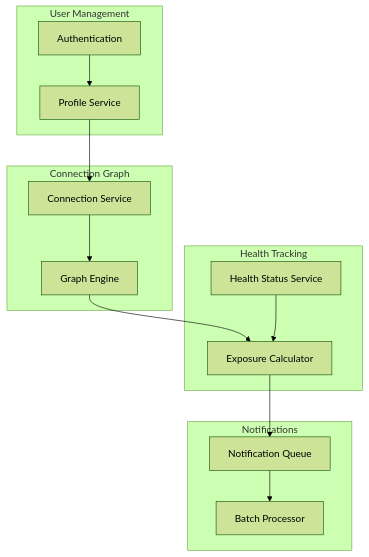
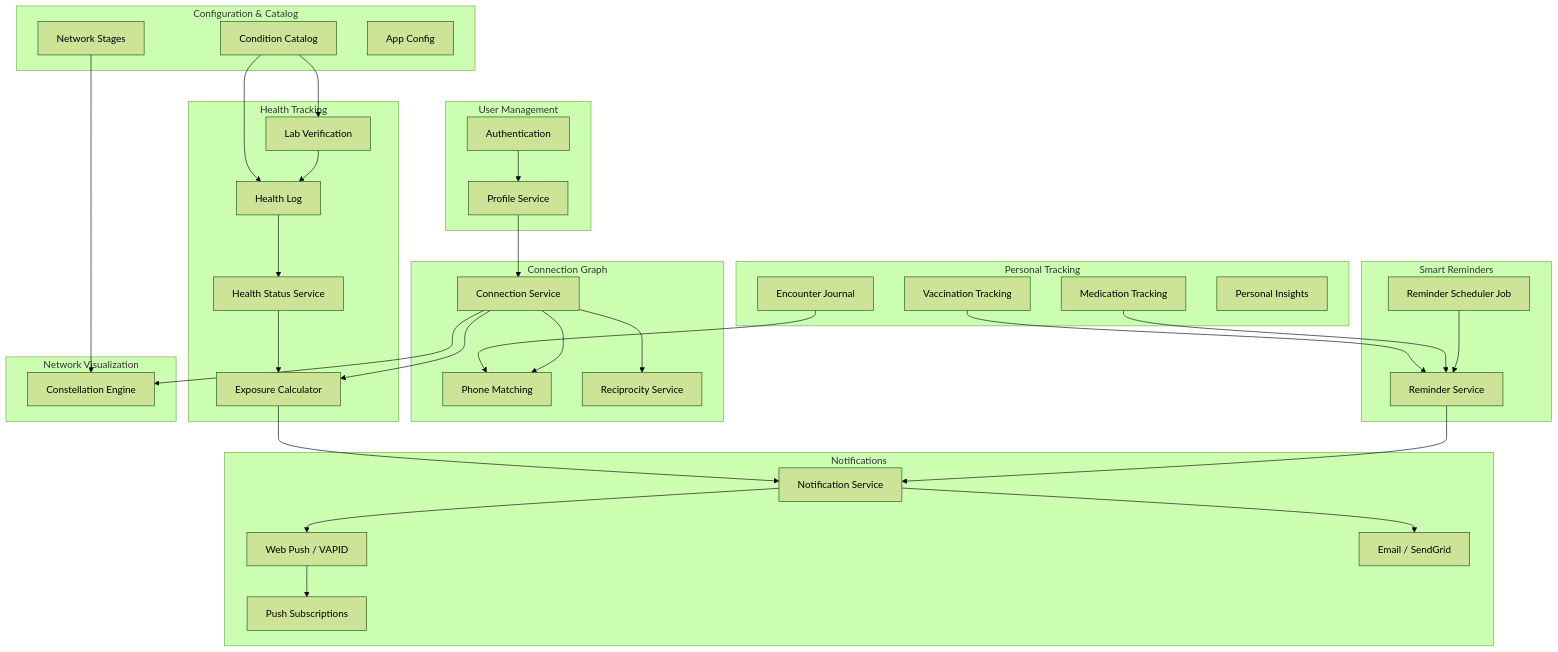
Before and after one commit to mrquintana/navilla: the first of 4 diagrams in docs/docs/architecture/system-design.md, drawn with Mermaid (forest theme). The commit also changed other lines of this file and 2 other files, not shown here.

First line of the commit message:
docs: update architecture system-design, data-model, and privacy-model

````diff
--- a/docs/docs/architecture/system-design.md
+++ b/docs/docs/architecture/system-design.md
@@ -12,30 +12,71 @@
 ```mermaid
 flowchart TB
     subgraph UserManagement[User Management]
         Auth[Authentication]
         Profile[Profile Service]
     end
 
     subgraph ConnectionGraph[Connection Graph]
         Conn[Connection Service]
-        Graph[Graph Engine]
+        PhoneMatch[Phone Matching]
+        Reciprocity[Reciprocity Service]
     end
 
     subgraph HealthTracking[Health Tracking]
         Health[Health Status Service]
+        HealthLog[Health Log]
+        LabVerify[Lab Verification]
         Exposure[Exposure Calculator]
     end
 
-    subgraph Notifications[Notifications]
-        Queue[Notification Queue]
-        Batch[Batch Processor]
+    subgraph PersonalTracking[Personal Tracking]
+        Journal[Encounter Journal]
+        Meds[Medication Tracking]
+        Vaccines[Vaccination Tracking]
+        Insights[Personal Insights]
+    end
+
+    subgraph SmartReminders[Smart Reminders]
+        Reminders[Reminder Service]
+        Scheduler[Reminder Scheduler Job]
+    end
+
+    subgraph NotificationLayer[Notifications]
+        NotifService[Notification Service]
+        PushSubs[Push Subscriptions]
+        WebPush[Web Push / VAPID]
+        Email[Email / SendGrid]
+    end
+
+    subgraph Configuration[Configuration & Catalog]
+        Catalog[Condition Catalog]
+        Stages[Network Stages]
+        AppConfig[App Config]
+    end
+
+    subgraph Visualization[Network Visualization]
+        Constellation[Constellation Engine]
     end
 
     Auth --> Profile
     Profile --> Conn
-    Conn --> Graph
-    Graph --> Exposure
+    Conn --> PhoneMatch
+    Conn --> Reciprocity
+    Conn --> Exposure
     Health --> Exposure
-    Exposure --> Queue
-    Queue --> Batch
+    HealthLog --> Health
+    LabVerify --> HealthLog
+    Journal --> PhoneMatch
+    Reminders --> NotifService
+    Scheduler --> Reminders
+    Exposure --> NotifService
+    NotifService --> WebPush
+    NotifService --> Email
+    WebPush --> PushSubs
+    Conn --> Constellation
+    Catalog --> HealthLog
+    Catalog --> LabVerify
+    Stages --> Constellation
+    Meds --> Reminders
+    Vaccines --> Reminders
 ```
````
